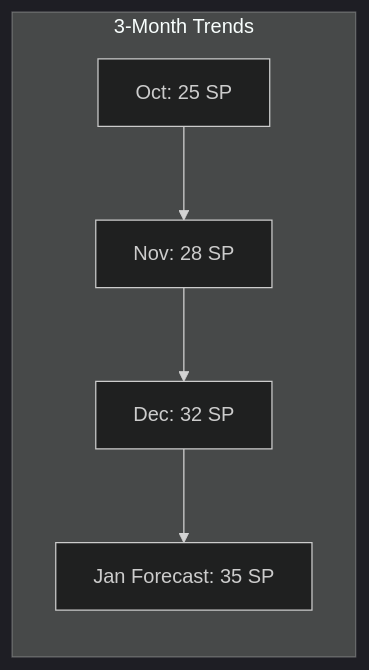
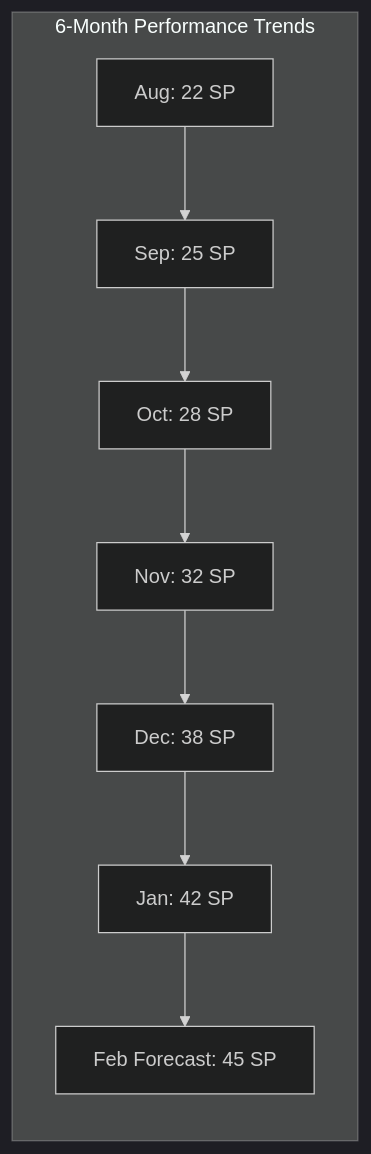
The sixth of 9 diagrams in project-management/reports/team-dashboard.md (HOW2AI-AGENCY/albert3-muse-synth-studio), drawn with Mermaid (dark theme) before and after one commit. The commit also changed other lines of this file, not shown here.

First line of the commit message:
docs(team-dashboard): update team performance metrics and dashboard content

````diff
--- a/project-management/reports/team-dashboard.md
+++ b/project-management/reports/team-dashboard.md
@@ -240,8 +228,11 @@
 ```mermaid
 graph LR
-    subgraph "3-Month Trends"
-        A[Oct: 25 SP] --> B[Nov: 28 SP]
-        B --> C[Dec: 32 SP]
-        C --> D[Jan Forecast: 35 SP]
+    subgraph "6-Month Performance Trends"
+        A[Aug: 22 SP] --> B[Sep: 25 SP]
+        B --> C[Oct: 28 SP]
+        C --> D[Nov: 32 SP]
+        D --> E[Dec: 38 SP]
+        E --> F[Jan: 42 SP]
+        F --> G[Feb Forecast: 45 SP]
     end
 ```
````
